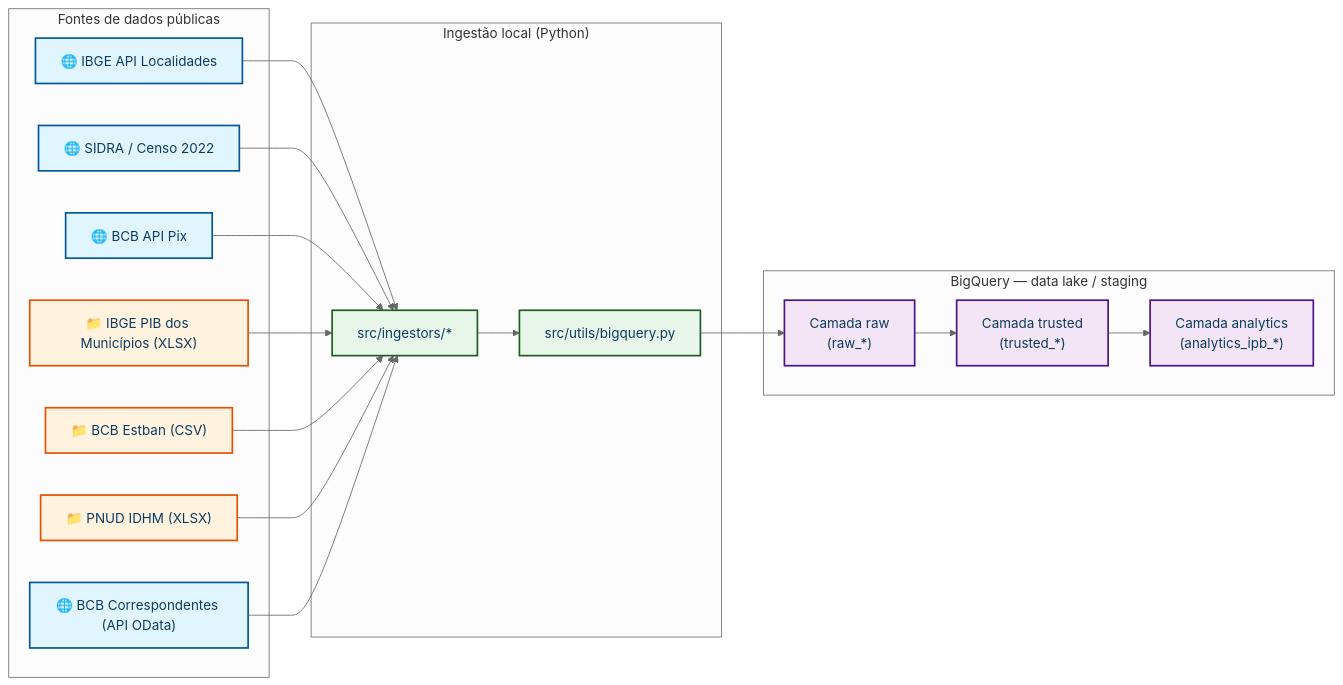
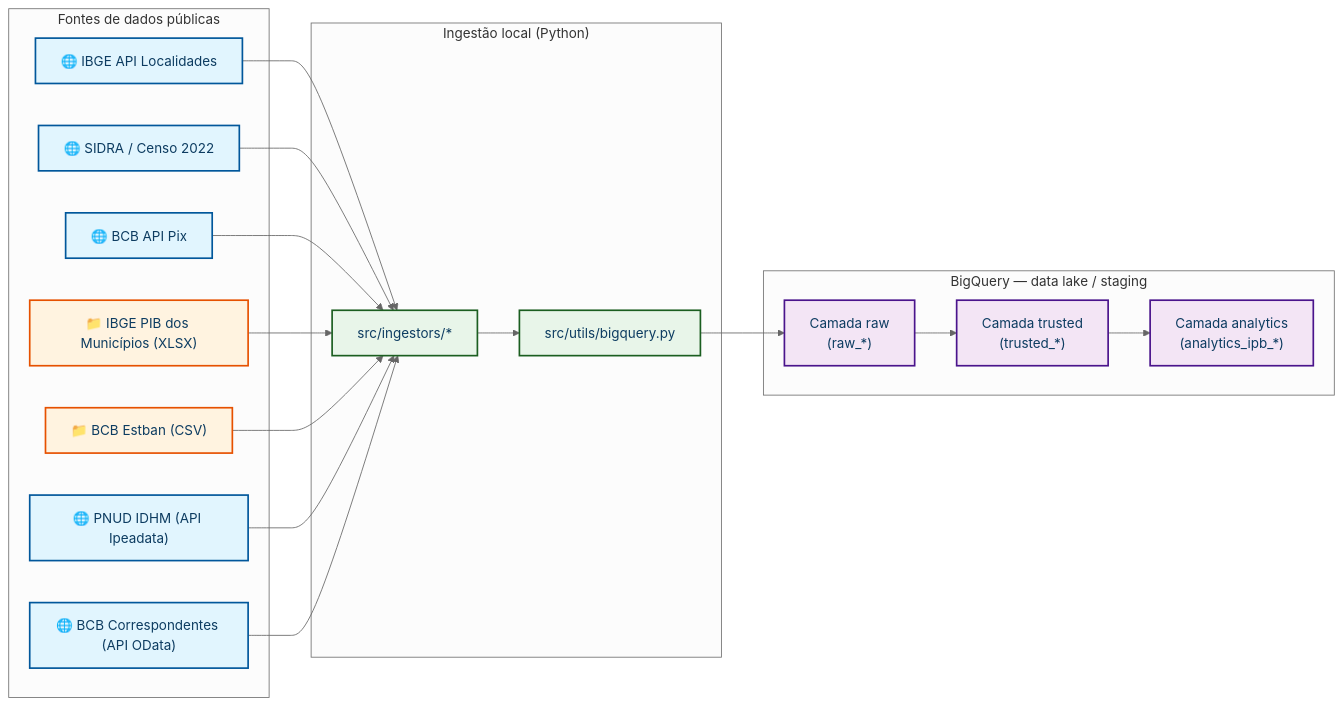
Before and after one commit to LucioFrCruz/heluvina_projeto_final_202602: the first of 4 diagrams in docs/Arquitetura_Tecnica.md, drawn with Mermaid (neutral theme). The commit also changed other lines of this file and 3 other files, not shown here.

````diff
--- a/docs/Arquitetura_Tecnica.md
+++ b/docs/Arquitetura_Tecnica.md
@@ -50,41 +50,41 @@
 ```mermaid
 flowchart LR
     classDef api fill:#e1f5fe,stroke:#01579b,stroke-width:2px,color:#0d3c61
     classDef manual fill:#fff3e0,stroke:#e65100,stroke-width:2px,color:#0d3c61
     classDef script fill:#e8f5e9,stroke:#1b5e20,stroke-width:2px,color:#0d3c61
     classDef bq fill:#f3e5f5,stroke:#4a148c,stroke-width:2px,color:#0d3c61
 
     subgraph Fontes["Fontes de dados públicas"]
         F1["🌐 IBGE API Localidades"]:::api
         F2["🌐 SIDRA / Censo 2022"]:::api
         F3["🌐 BCB API Pix"]:::api
         F4["📁 IBGE PIB dos Municípios (XLSX)"]:::manual
         F5["📁 BCB Estban (CSV)"]:::manual
-        F6["📁 PNUD IDHM (XLSX)"]:::manual
+        F6["🌐 PNUD IDHM (API Ipeadata)"]:::api
         F7["🌐 BCB Correspondentes (API OData)"]:::api
     end
 
     subgraph Ingestao["Ingestão local (Python)"]
         I1["src/ingestors/*"]:::script
         I2["src/utils/bigquery.py"]:::script
     end
 
     subgraph BigQuery["BigQuery — data lake / staging"]
         R["Camada raw\n(raw_*)"]:::bq
         T["Camada trusted\n(trusted_*)"]:::bq
         A["Camada analytics\n(analytics_ipb_*)"]:::bq
     end
 
     F1 --> I1
     F2 --> I1
     F3 --> I1
     F4 --> I1
     F5 --> I1
     F6 --> I1
     F7 --> I1
 
     I1 --> I2
     I2 --> R
     R --> T
     T --> A
 ```
````
